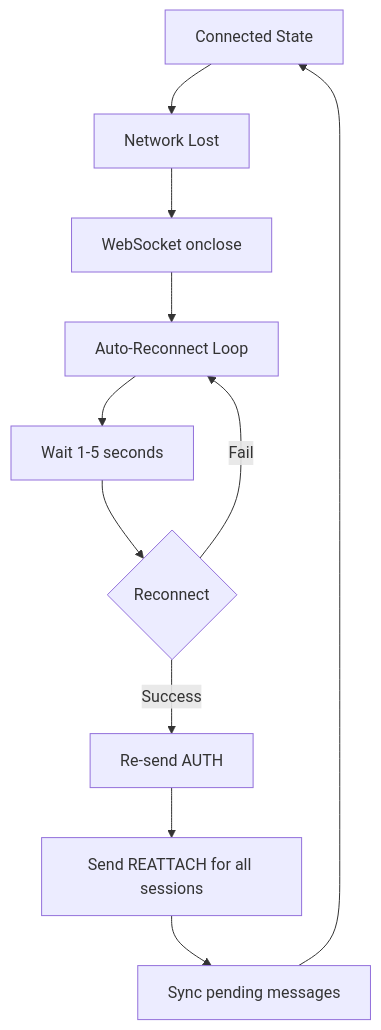
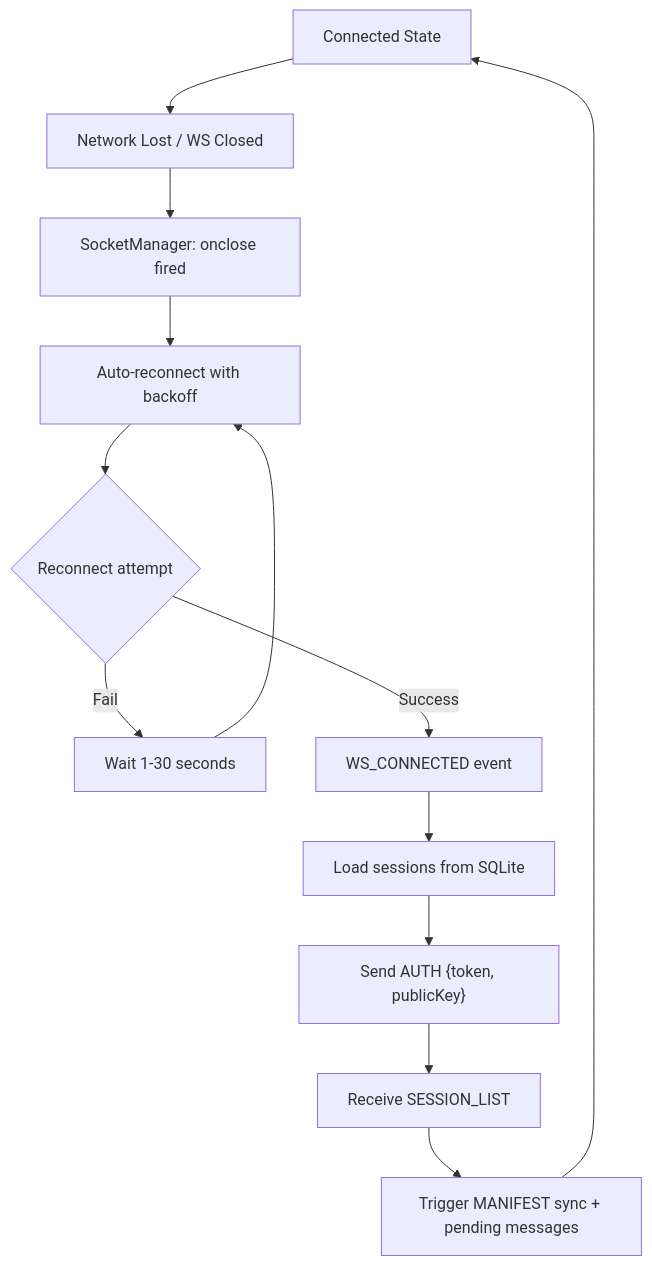
The tenth of 10 diagrams in docs/USER_FLOWS.md (TheYogMehta/CryptNode), drawn with Mermaid before and after one commit. The commit also changed other lines of this file and 11 other files, not shown here.

````diff
--- a/docs/USER_FLOWS.md
+++ b/docs/USER_FLOWS.md
@@ -439,15 +469,15 @@
 ```mermaid
 flowchart TD
-    CONNECTED[Connected State] --> DISCONNECT[Network Lost]
-    DISCONNECT --> DETECT[WebSocket onclose]
-    DETECT --> RETRY[Auto-Reconnect Loop]
-    RETRY --> WAIT[Wait 1-5 seconds]
-    WAIT --> ATTEMPT{Reconnect}
-
-    ATTEMPT -->|Success| REAUTH[Re-send AUTH]
-    ATTEMPT -->|Fail| RETRY
-
-    REAUTH --> REATTACH[Send REATTACH for all sessions]
-    REATTACH --> SYNC[Sync pending messages]
+    CONNECTED[Connected State] --> DISC[Network Lost / WS Closed]
+    DISC --> DETECT["SocketManager: onclose fired"]
+    DETECT --> RETRY[Auto-reconnect with backoff]
+    RETRY --> ATTEMPT{Reconnect attempt}
+    ATTEMPT -->|Fail| WAIT[Wait 1-30 seconds]
+    WAIT --> RETRY
+    ATTEMPT -->|Success| WS_CONN["WS_CONNECTED event"]
+    WS_CONN --> LOADS[Load sessions from SQLite]
+    LOADS --> REAUTH["Send AUTH {token, publicKey}"]
+    REAUTH --> SESSLIST[Receive SESSION_LIST]
+    SESSLIST --> SYNC[Trigger MANIFEST sync + pending messages]
     SYNC --> CONNECTED
 ```
````
